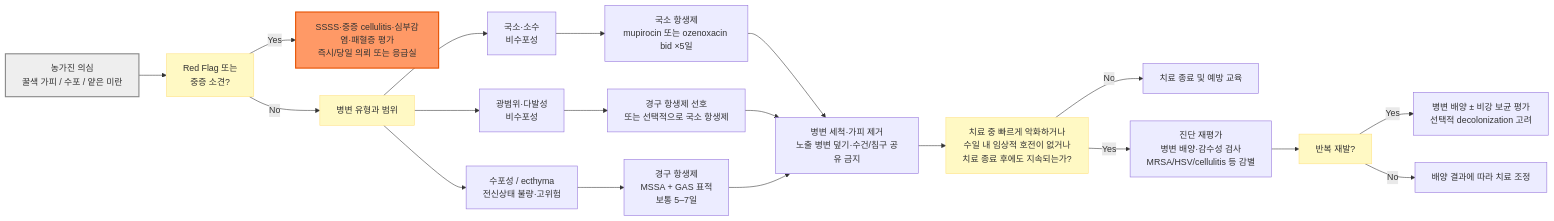
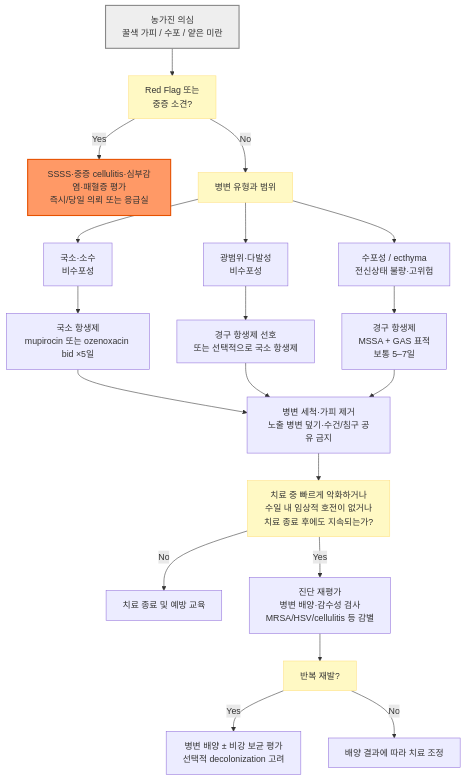
One commit to familyoh77/familyoh77 changed the diagram in 229_/166_-impetigo.md. Above: the diagram before and after it, drawn with Mermaid. The commit also changed other lines of this file, not shown here.

````diff
--- a/229_/166_-impetigo.md
+++ b/229_/166_-impetigo.md
@@ -96,34 +94,34 @@
 ```mermaid
-flowchart LR
+flowchart TD
     A["농가진 의심<br/>꿀색 가피 / 수포 / 얕은 미란"] --> B["Red Flag 또는<br/>중증 소견?"]
 
     B -->|Yes| C["SSSS·중증 cellulitis·심부감염·패혈증 평가<br/>즉시/당일 의뢰 또는 응급실"]
     B -->|No| D["병변 유형과 범위"]
 
     D --> E["국소·소수<br/>비수포성"]
     D --> F["광범위·다발성<br/>비수포성"]
     D --> G["수포성 / ecthyma<br/>전신상태 불량·고위험"]
 
     E --> H["국소 항생제<br/>mupirocin 또는 ozenoxacin bid ×5일"]
     F --> I["경구 항생제 선호<br/>또는 선택적으로 국소 항생제"]
     G --> J["경구 항생제<br/>MSSA + GAS 표적<br/>보통 5–7일"]
 
     H --> K["병변 세척·가피 제거<br/>노출 병변 덮기·수건/침구 공유 금지"]
     I --> K
     J --> K
 
     K --> L["치료 중 빠르게 악화하거나<br/>수일 내 임상적 호전이 없거나<br/>치료 종료 후에도 지속되는가?"]
     L -->|No| M["치료 종료 및 예방 교육"]
     L -->|Yes| N["진단 재평가<br/>병변 배양·감수성 검사<br/>MRSA/HSV/cellulitis 등 감별"]
 
     N --> O["반복 재발?"]
     O -->|Yes| P["병변 배양 ± 비강 보균 평가<br/>선택적 decolonization 고려"]
     O -->|No| Q["배양 결과에 따라 치료 조정"]
 
     style A fill:#eeeeee,stroke:#888888,stroke-width:2px
     style B fill:#fff9c4,stroke:#ffe082
     style D fill:#fff9c4,stroke:#ffe082
     style L fill:#fff9c4,stroke:#ffe082
     style O fill:#fff9c4,stroke:#ffe082
     style C fill:#f96,stroke:#e65100,stroke-width:2px
 ```
````
